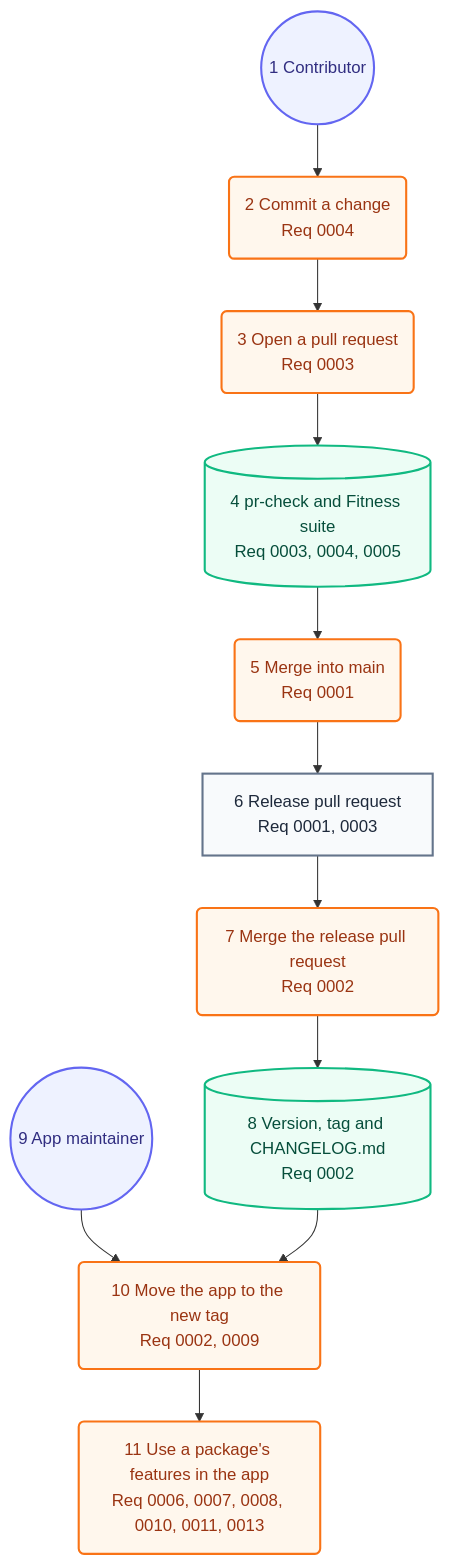
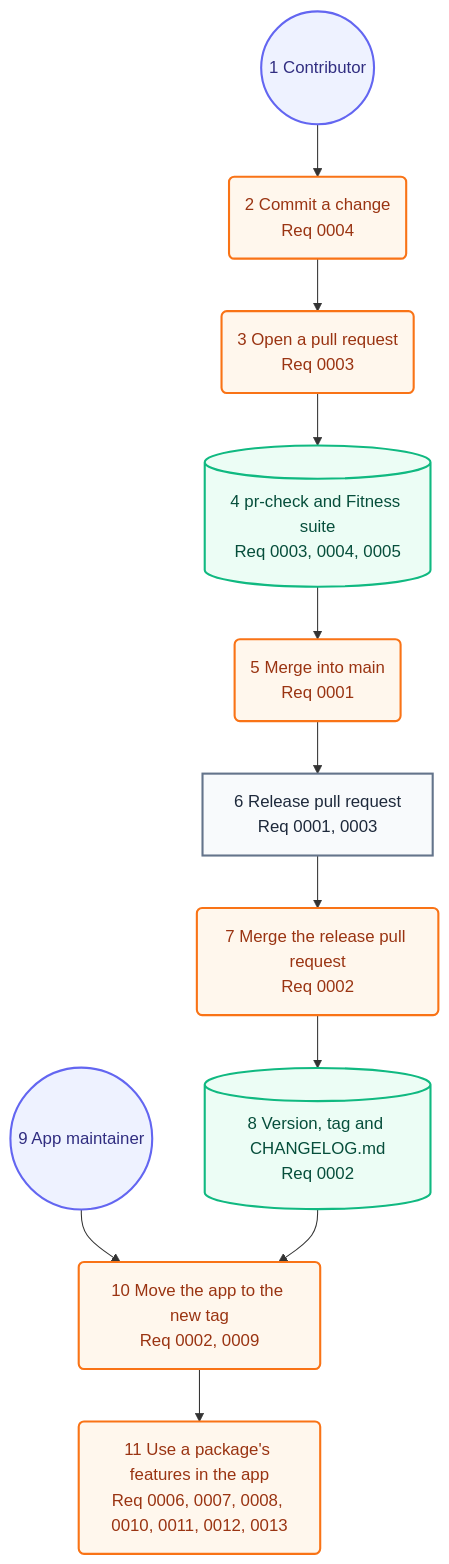
The second of 2 diagrams in docs/architecture/05-user-journey.md (may-journal/common-swift), drawn with Mermaid before and after one commit. The commit also changed 20 other files, not shown here.

First line of the commit message:
feat(demo): add a demo app that shows every package (#32)

````diff
--- a/docs/architecture/05-user-journey.md
+++ b/docs/architecture/05-user-journey.md
@@ -33,30 +33,30 @@
 ```mermaid
 flowchart TB
     contributor((1 Contributor)):::persona
     commit(2 Commit a change<br/>Req 0004):::action
     open(3 Open a pull request<br/>Req 0003):::action
     checks[(4 pr-check and Fitness suite<br/>Req 0003, 0004, 0005)]:::system
     merge(5 Merge into main<br/>Req 0001):::action
     releasePR[6 Release pull request<br/>Req 0001, 0003]:::screen
     release(7 Merge the release pull request<br/>Req 0002):::action
     tag[(8 Version, tag and CHANGELOG.md<br/>Req 0002)]:::system
     maintainer((9 App maintainer)):::persona
     update(10 Move the app to the new tag<br/>Req 0002, 0009):::action
-    adopt(11 Use a package's features in the app<br/>Req 0006, 0007, 0008, 0010, 0011, 0013):::action
+    adopt(11 Use a package's features in the app<br/>Req 0006, 0007, 0008, 0010, 0011, 0012, 0013):::action
 
     contributor --> commit
     commit --> open
     open --> checks
     checks --> merge
     merge --> releasePR
     releasePR --> release
     release --> tag
     maintainer --> update
     tag --> update
     update --> adopt
 
     classDef persona fill:#eef2ff,stroke:#6366f1,color:#312e81,stroke-width:2px
     classDef screen fill:#f8fafc,stroke:#64748b,color:#1e293b,stroke-width:2px
     classDef action fill:#fff7ed,stroke:#f97316,color:#9a3412,stroke-width:2px
     classDef system fill:#ecfdf5,stroke:#10b981,color:#064e3b,stroke-width:2px
 ```
````
